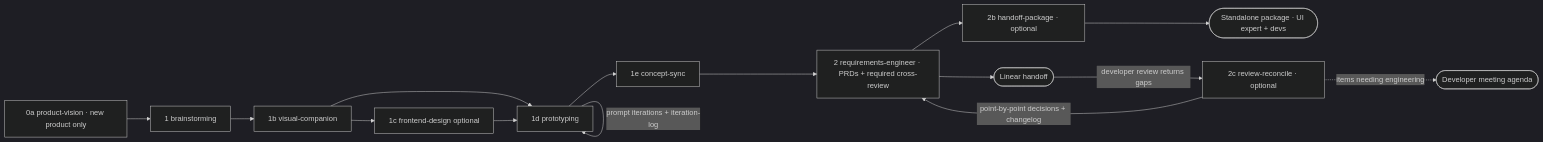
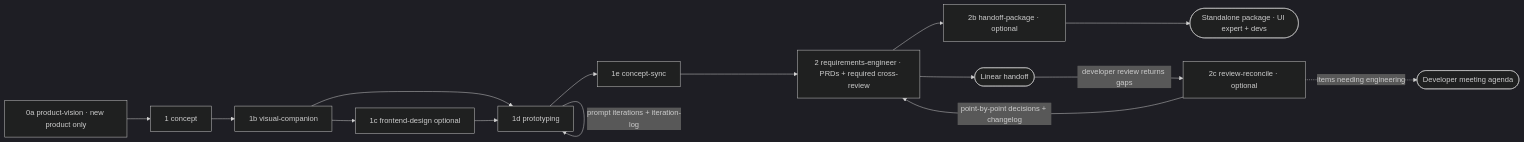
Before and after one commit to silviobeer/agentic-development-skill-chain: the diagram in docs/pm-chain.md, drawn with Mermaid (dark theme). The commit also changed other lines of this file and 40 other files, not shown here.

Commit message:
docs: rename brainstorming skill to concept, add domain-modeling term sharpening

````diff
--- a/docs/pm-chain.md
+++ b/docs/pm-chain.md
@@ -7,17 +7,17 @@
 ```mermaid
 flowchart LR
-  S0A[0a product-vision · new product only] --> S1[1 brainstorming]
+  S0A[0a product-vision · new product only] --> S1[1 concept]
   S1 --> S1B[1b visual-companion]
   S1B --> S1C[1c frontend-design optional]
   S1B --> S1D[1d prototyping]
   S1C --> S1D
   S1D -->|prompt iterations + iteration-log| S1D
   S1D --> S1E[1e concept-sync]
   S1E --> S2[2 requirements-engineer · PRDs + required cross-review]
   S2 --> S2B[2b handoff-package · optional]
   S2 --> LIN([Linear handoff])
   S2B --> EXT([Standalone package · UI expert + devs])
   LIN -->|developer review returns gaps| S2C[2c review-reconcile · optional]
   S2C -->|point-by-point decisions + changelog| S2
   S2C -.->|items needing engineering| MTG([Developer meeting agenda])
 ```
````
